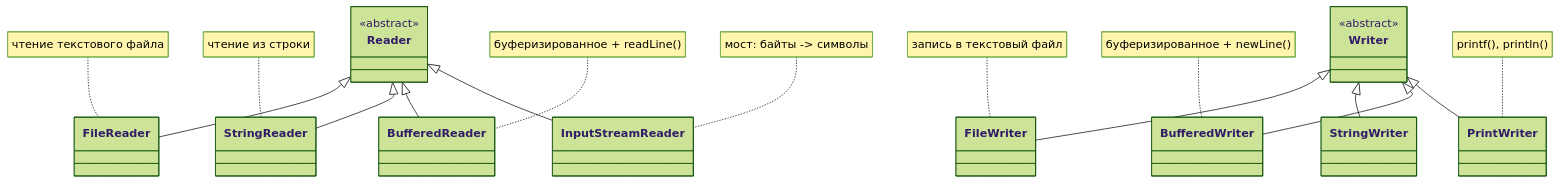
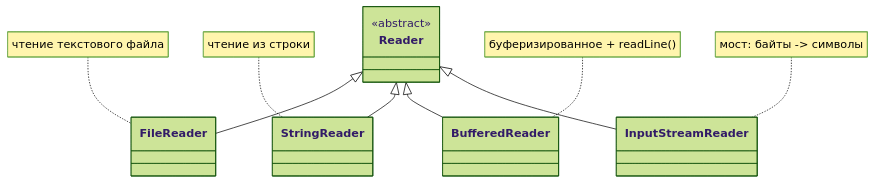
Before and after one commit to AliEbraheem-fun/Modern-Programming-Technologies: the fifth of 8 diagrams in lecture5.md, drawn with Mermaid (forest theme). The commit also changed other lines of this file and 1 other file, not shown here.

Commit message:
Fix Mermaid diagrams with disconnected hierarchies rendering shrunk
lecture5.md had two classDiagram blocks each combining two unrelated
class hierarchies with no relationship between them (InputStream +
OutputStream in 2.2, Reader + Writer in 2.3). Mermaid's layout engine
tiles disconnected components side by side in one wide SVG, which then
gets squeezed to fit the page width -- exactly the "shrunk figure"
problem flagged against a live screenshot of 2.2.

Split both into separate consecutive diagram blocks, one hierarchy
per block, each with its own short lead-in sentence. Verified via a
proper connected-components analysis across all 42 Mermaid diagrams
in the repo that no other block has this pattern (5 other blocks were
initially flagged by the same check but confirmed as false positives
from chained one-line edges and bare-word edge labels the checker
couldn't parse -- all are genuinely single connected diagrams).

````diff
--- a/lecture5.md
+++ b/lecture5.md
@@ -337,22 +347,13 @@
 ```mermaid
 classDiagram
     class Reader { <<abstract>> }
     Reader <|-- FileReader
     Reader <|-- StringReader
     Reader <|-- BufferedReader
     Reader <|-- InputStreamReader
 
-    class Writer { <<abstract>> }
-    Writer <|-- FileWriter
-    Writer <|-- StringWriter
-    Writer <|-- BufferedWriter
-    Writer <|-- PrintWriter
-
     note for FileReader "чтение текстового файла"
     note for StringReader "чтение из строки"
     note for BufferedReader "буферизированное + readLine()"
     note for InputStreamReader "мост: байты -> символы"
-    note for FileWriter "запись в текстовый файл"
-    note for BufferedWriter "буферизированное + newLine()"
-    note for PrintWriter "printf(), println()"
 ```
````
